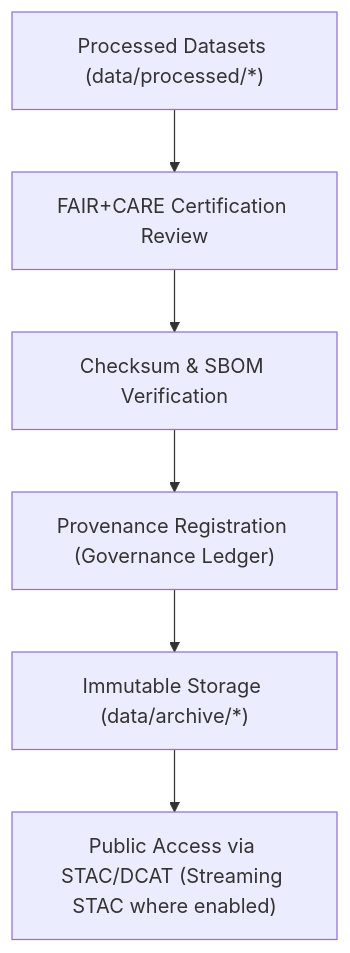
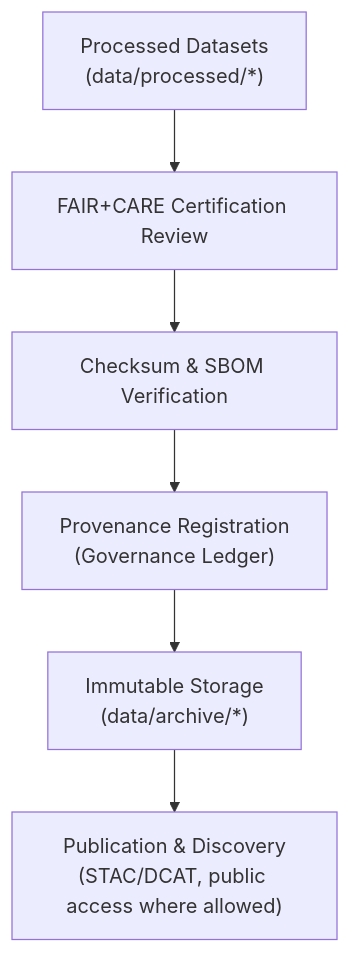
The diagram in data/archive/README.md (bartytime4life/Kansas-Frontier-Matrix), drawn with Mermaid before and after one commit. The commit also changed other lines of this file, not shown here.

````diff
--- a/data/archive/README.md
+++ b/data/archive/README.md
@@ -53,8 +129,9 @@
-```mermaid
+~~~~mermaid
 flowchart TD
-    PROC["Processed Datasets (data/processed/*)"] --> CERT["FAIR+CARE Certification Review"]
+    PROC["Processed Datasets\n(data/processed/*)"]
+      --> CERT["FAIR+CARE Certification Review"]
     CERT --> CHK["Checksum & SBOM Verification"]
-    CHK --> LED["Provenance Registration (Governance Ledger)"]
-    LED --> ARCH["Immutable Storage (data/archive/*)"]
-    ARCH --> PUB["Public Access via STAC/DCAT (Streaming STAC where enabled)"]
-```
+    CHK --> LED["Provenance Registration\n(Governance Ledger)"]
+    LED --> ARCH["Immutable Storage\n(data/archive/*)"]
+    ARCH --> PUB["Publication & Discovery\n(STAC/DCAT, public access where allowed)"]
+~~~~
````
